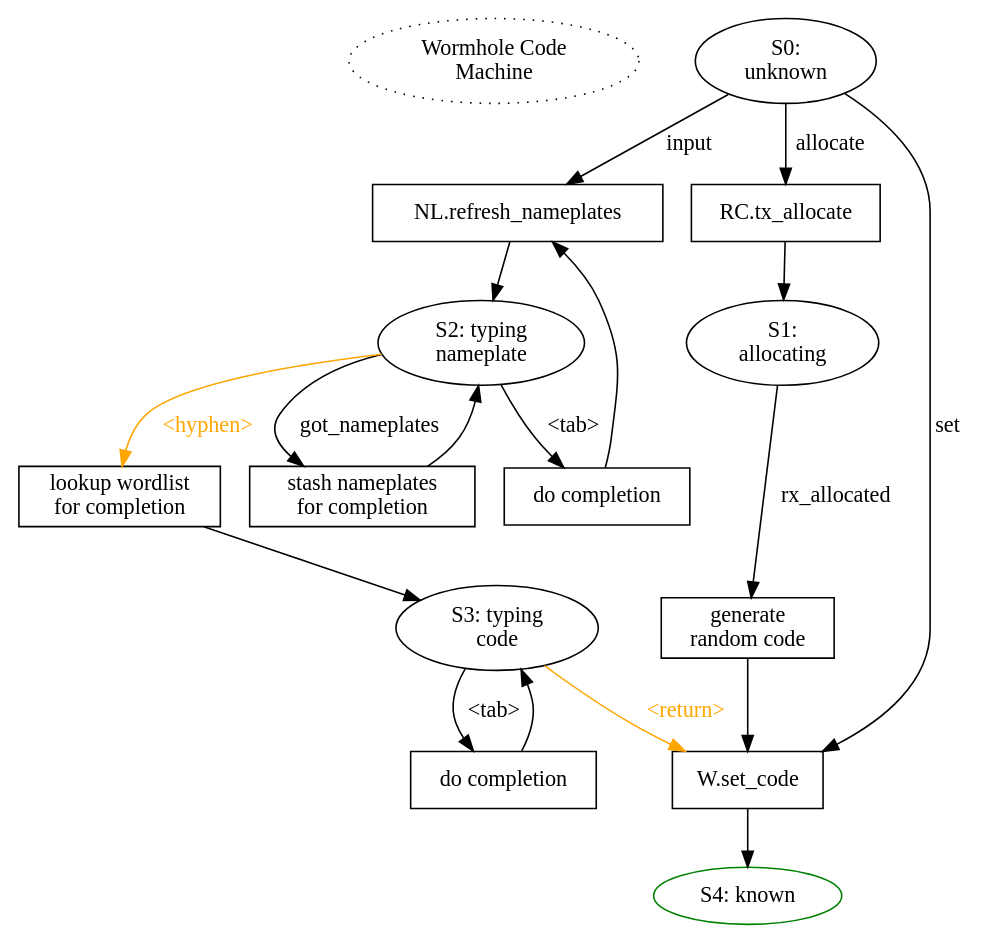
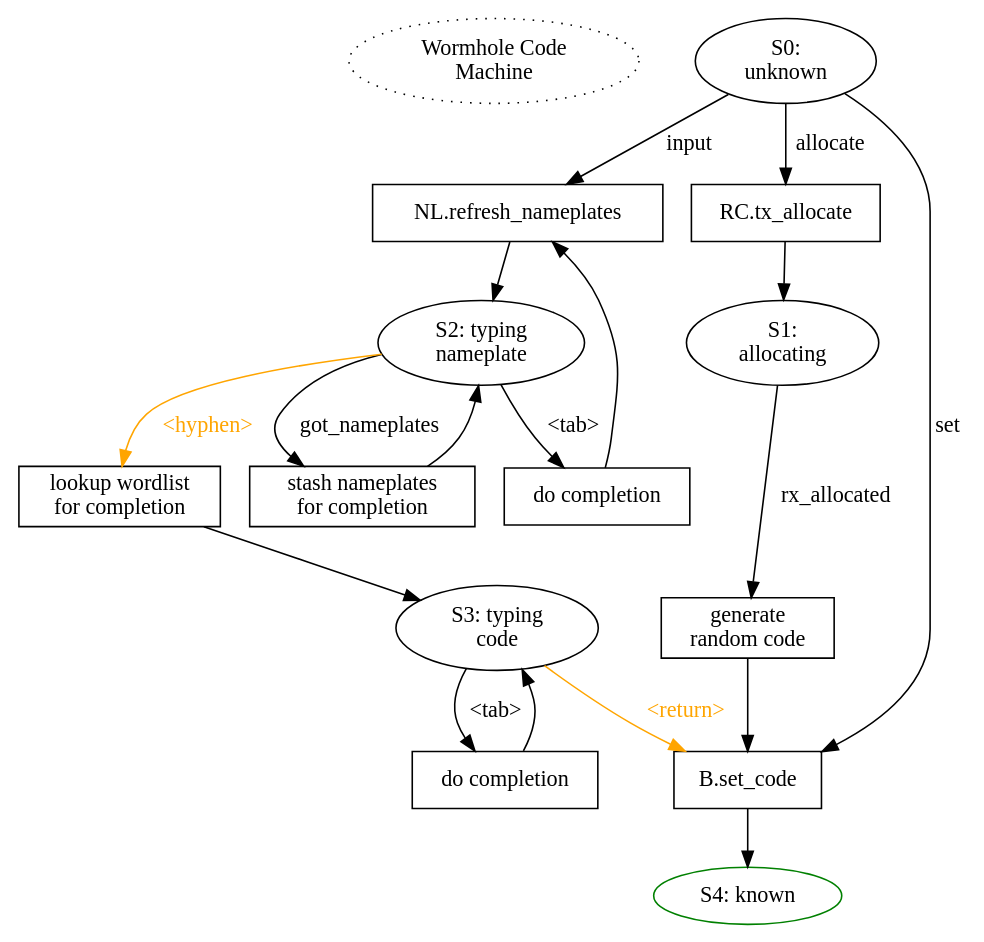
Before and after one commit to magic-wormhole/magic-wormhole: the diagram in docs/code.dot, drawn with Graphviz. The commit also changed 11 other files, not shown here.

```diff
--- a/docs/code.dot
+++ b/docs/code.dot
@@ -1,46 +1,46 @@
 digraph {
 
         start [label="Wormhole Code\nMachine" style="dotted"]
         {rank=same; start S0}
         {rank=same; P0_list_nameplates P0_allocate}
         {rank=same; S1 S2}
         {rank=same; S3 P1_generate}
         start -> S0 [style="invis"]
         S0 [label="S0:\nunknown"]
         S0 -> P0_set_code [label="set"]
-        P0_set_code [shape="box" label="W.set_code"]
+        P0_set_code [shape="box" label="B.set_code"]
         P0_set_code -> S4
         S4 [label="S4: known" color="green"]
 
         S0 -> P0_list_nameplates [label="input"]
         S2 [label="S2: typing\nnameplate"]
 
         S2 -> P2_completion [label="<tab>"]
         P2_completion [shape="box" label="do completion"]
         P2_completion -> P0_list_nameplates
         P0_list_nameplates [shape="box" label="NL.refresh_nameplates"]
         P0_list_nameplates -> S2
 
         S2 -> P2_got_nameplates [label="got_nameplates"]
         P2_got_nameplates [shape="box" label="stash nameplates\nfor completion"]
         P2_got_nameplates -> S2
         S2 -> P2_finish [label="<hyphen>" color="orange" fontcolor="orange"]
         P2_finish [shape="box" label="lookup wordlist\nfor completion"]
         P2_finish -> S3
         S3 [label="S3: typing\ncode"]
         S3 -> P3_completion [label="<tab>"]
         P3_completion [shape="box" label="do completion"]
         P3_completion -> S3
 
         S3 -> P0_set_code [label="<return>"
                            color="orange" fontcolor="orange"]
 
         S0 -> P0_allocate [label="allocate"]
         P0_allocate [shape="box" label="RC.tx_allocate"]
         P0_allocate -> S1
         S1 [label="S1:\nallocating"]
         S1 -> P1_generate [label="rx_allocated"]
         P1_generate [shape="box" label="generate\nrandom code"]
         P1_generate -> P0_set_code
         
 }
```
